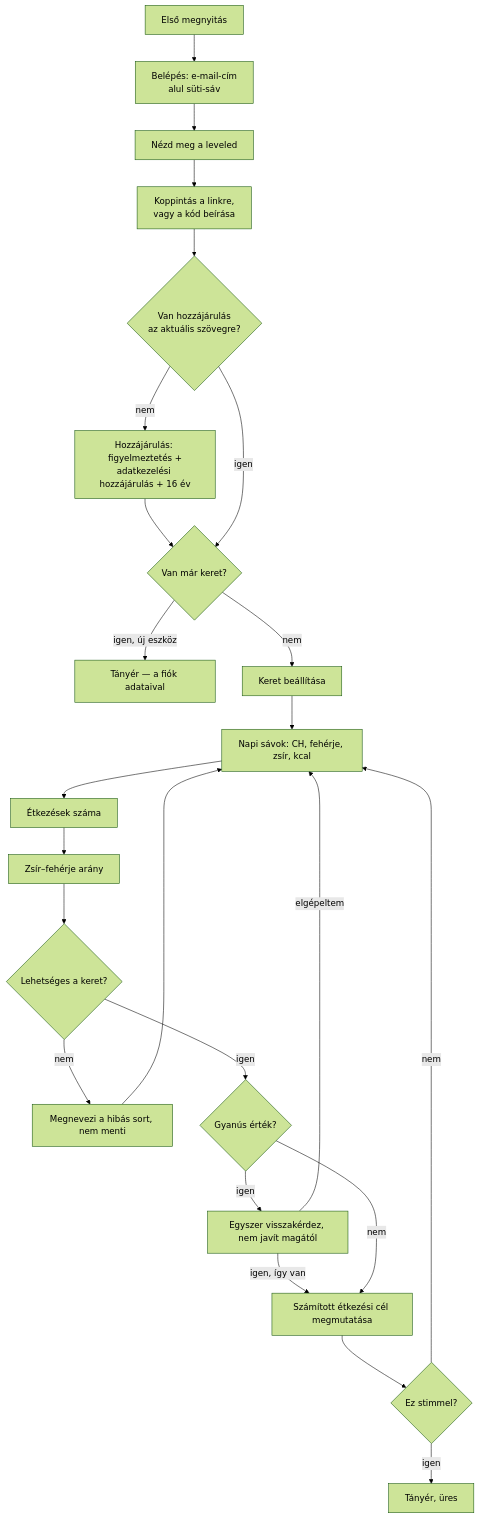
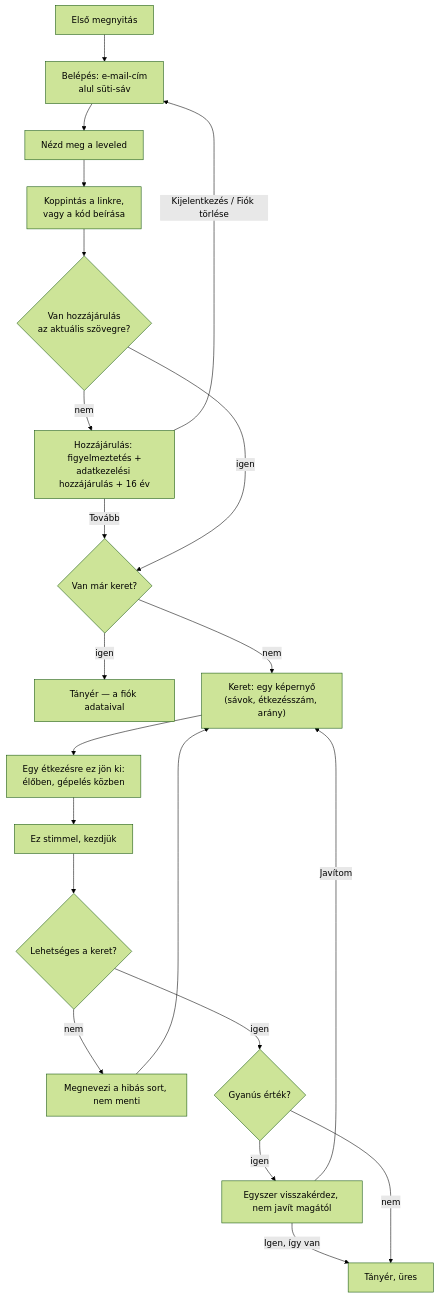
One commit to Izayata/ketara-artifacts changed the third of 3 diagrams in ketara-folyamatok-kepernyok.md. Above: the diagram before and after it, drawn with Mermaid (forest theme). The commit also changed other lines of this file and 3 other files, not shown here.

````diff
--- a/ketara-folyamatok-kepernyok.md
+++ b/ketara-folyamatok-kepernyok.md
@@ -105,26 +116,22 @@
 ```mermaid
 flowchart TD
     A0[Első megnyitás] --> A1["Belépés: e-mail-cím<br/>alul süti-sáv"]
     A1 --> A2["Nézd meg a leveled"]
     A2 --> A3["Koppintás a linkre,<br/>vagy a kód beírása"]
     A3 --> A4{"Van hozzájárulás<br/>az aktuális szövegre?"}
     A4 -- nem --> A5["Hozzájárulás: figyelmeztetés +<br/>adatkezelési hozzájárulás + 16 év"]
-    A5 --> A6
+    A5 -- Tovább --> A6
+    A5 -- "Kijelentkezés / Fiók törlése" --> A1
     A4 -- igen --> A6{Van már keret?}
-    A6 -- "igen, új eszköz" --> J0["Tányér — a fiók adataival"]
-    A6 -- nem --> B[Keret beállítása]
-    B --> C[Napi sávok: CH, fehérje, zsír, kcal]
-    C --> D[Étkezések száma]
-    D --> E[Zsír–fehérje arány]
-    E --> F{Lehetséges a keret?}
-    F -- nem --> F2["Megnevezi a hibás sort, nem menti"] --> C
+    A6 -- igen --> J0["Tányér — a fiók adataival"]
+    A6 -- nem --> B["Keret: egy képernyő<br/>(sávok, étkezésszám, arány)"]
+    B --> H["Egy étkezésre ez jön ki:<br/>élőben, gépelés közben"]
+    H --> I["Ez stimmel, kezdjük"]
+    I --> F{Lehetséges a keret?}
+    F -- nem --> F2["Megnevezi a hibás sort, nem menti"] --> B
     F -- igen --> F3{Gyanús érték?}
     F3 -- igen --> G["Egyszer visszakérdez, nem javít magától"]
-    G -- "igen, így van" --> H
-    G -- "elgépeltem" --> C
-    F3 -- nem --> H
-    H["Számított étkezési cél megmutatása"]
-    H --> I{Ez stimmel?}
-    I -- nem --> C
-    I -- igen --> J[Tányér, üres]
+    G -- "Igen, így van" --> J
+    G -- "Javítom" --> B
+    F3 -- nem --> J[Tányér, üres]
 ```
````
